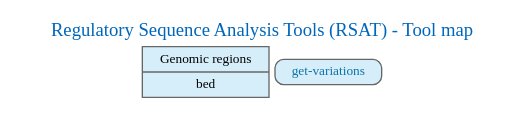
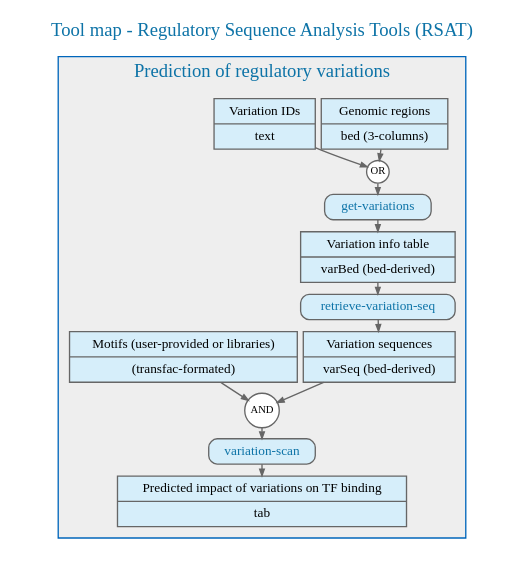
One commit to rsa-tools/rsat-code changed the diagram in doc/flowcharts/regulatory_variations.dot. Above: the diagram before and after it, drawn with Graphviz. The commit also changed 1 other file, not shown here.

Commit message:
first version of the tool map

```diff
--- a/doc/flowcharts/regulatory_variations.dot
+++ b/doc/flowcharts/regulatory_variations.dot
@@ -1,57 +1,44 @@
 ################################################################
-## Tool map of the Regulatory Sequence Analysis Tools
+## Tool map of the tools to analyze regulatory variants in 
+## Regulatory Sequence Analysis Tools (RSAT)
 ##
 ## Author: Jacques van Helden
 
 digraph {	
 	## General properties of the graph (font, color, ...)
-	graph [fontname="ArialBlack",fontsize="14", label="Regulatory Sequence Analysis Tools (RSAT) - Tool map" labelloc="t", fontcolor="#0066BB", nodesep="0.05", ranksep="0.1"];
+	graph [fontname="ArialBlack",fontsize="14", label="Tool map - Regulatory Sequence Analysis Tools (RSAT)" labelloc="t", fontcolor="#0066BB", nodesep="0.05", ranksep="0.1", URL="http://localhost/rsat/", fontcolor="#0D73A7"];
 	edge [fontname="ArialMT",fontsize="10",labelfontname="ArialMT",labelfontsize="10", arrowsize="0.5", color="#666666"];
 	node [fontname="ArialMT",fontsize="10",shape=record,height="0.2", color="#666666"];
 
-#	subgraph cluster_0 {
-#		color="#0066BB";
-#		bgcolor="#EEEEEE";
-#		label = "Sequence";
-#    	}
+	subgraph cluster_0 {
+		color="#0066BB";
+		bgcolor="#EEEEEE";
+		label = "Prediction of regulatory variations";
 
-    genomic_regions  [shape="record", style="filled", fillcolor="#D6EEFA", label="{Genomic regions|bed}"];
-#    seq_purged  [shape="record", style="filled", fillcolor="#D6EEFA", label="{purged sequence}"];
-#    genomic_regions -> sequence [style="invis"]
-#    seq_purged -> sequence [style="invis"]
-#    sequence  [shape="record", style="invis"];
-#    	genomic_regions -> seq_purged [style="invis"]
+    genomic_regions  [shape="record", style="filled", fillcolor="#D6EEFA", label="{Genomic regions|bed (3-columns)}"];
+    variation_ids  [shape="record", style="filled", fillcolor="#D6EEFA", label="{Variation IDs|text}"];
+    genomic_regions -> 	get_variations_input
+    variation_ids -> 	get_variations_input
+    get_variations_input  [shape="circle", style="filled", fillcolor="#FFFFFF", label="OR" fontsize=8 width="0.001" height="0.001" margin="0"];
+    get_variations_input -> get_variations
     get_variations  [shape="record", style="rounded, filled", fillcolor="#D6EEFA", label="{get-variations}", URL="http://localhost/rsat/get-variations_form.cgi", fontcolor="#0D73A7"];
+    get_variations -> variation_info_table
+    variation_info_table  [shape="record", style="filled", fillcolor="#D6EEFA", label="{Variation info table|varBed (bed-derived)}"];
+    variation_info_table -> retrieve_variation_seq
+    retrieve_variation_seq  [shape="record", style="rounded, filled", fillcolor="#D6EEFA", label="{retrieve-variation-seq}", URL="http://localhost/rsat/retrieve-variation-seq_form.cgi", fontcolor="#0D73A7"];
+    retrieve_variation_seq -> variation_sequences
+    variation_sequences   [shape="record", style="filled", fillcolor="#D6EEFA", label="{Variation sequences|varSeq (bed-derived)}"];
 
+    motifs   [shape="record", style="filled", fillcolor="#D6EEFA", label="{Motifs (user-provided or libraries)|(transfac-formated)}"];
 
-    # 	subgraph cluster_1 {
-    # 		color="#0066BB";
-    # 		bgcolor="#FBEEE0";
-    # 		label = "Motif discovery";
-    # get_variations  [shape="record", style="rounded, filled", fillcolor="#D6EEFA", label="{oligo-analysis}", URL="http://localhost/rsat/oligo-analysis_form.cgi", fontcolor="#0D73A7"];
-    # position_analysis  [shape="record", style="rounded, filled", fillcolor="#D6EEFA", label="{position-analysis}", URL="http://localhost/rsat/position-analysis_form.cgi", fontcolor="#0D73A7"];
-    # dyad_analysis  [shape="record", style="rounded, filled", fillcolor="#D6EEFA", label="{dyad-analysis}", URL="http://localhost/rsat/dyad-analysis_form.cgi", fontcolor="#0D73A7"];
-    # local_word_analysis  [shape="record", style="rounded, filled", fillcolor="#D6EEFA", label="{local-word-analysis}", URL="http://localhost/rsat/local-word-analysis_form.cgi", fontcolor="#0D73A7"];
-    # 	}
+    variation_sequences -> variation_scan_input
+    motifs -> variation_scan_input
 
-    #       sequence -> get_variations [style="tapered"]
-    #       sequence -> dyad_analysis [style="tapered"]
-    #       sequence -> position_analysis [style="tapered"]
-    #       sequence -> local_word_analysis [style="tapered"]
-    #       get_variations -> oligos [style="tapered"]
-    #       dyad_analysis -> dyads [style="tapered"]
-    #       position_analysis -> oligos [style="tapered"]
-    #       local_word_analysis -> oligos [style="tapered"]
-
-    # 	  subgraph cluster_2 {
-    # 		color="#0066BB";
-    # 		bgcolor="#FBEEE0";
-    # 		label = "Motif"; 
-    # oligos  [shape="record", style="filled", fillcolor="#D6EEFA", label="{oligonucleotides}"];
-    # dyads  [shape="record", style="filled", fillcolor="#D6EEFA", label="{dyads}"];
-
-    
-
-    # 	   } 
+    variation_scan_input [shape="circle", style="filled", fillcolor="#FFFFFF", label="AND" fontsize=8 width="0.001" height="0.001" margin="0"];
+    variation_scan_input -> variation_scan
+    variation_scan  [shape="record", style="rounded, filled", fillcolor="#D6EEFA", label="{variation-scan}", URL="http://localhost/rsat/variation-scan_form.cgi", fontcolor="#0D73A7"];
+    variation_scan -> variation_impact
+    variation_impact   [shape="record", style="filled", fillcolor="#D6EEFA", label="{Predicted impact of variations on TF binding|tab}"];
+    }    
 
 }
```
